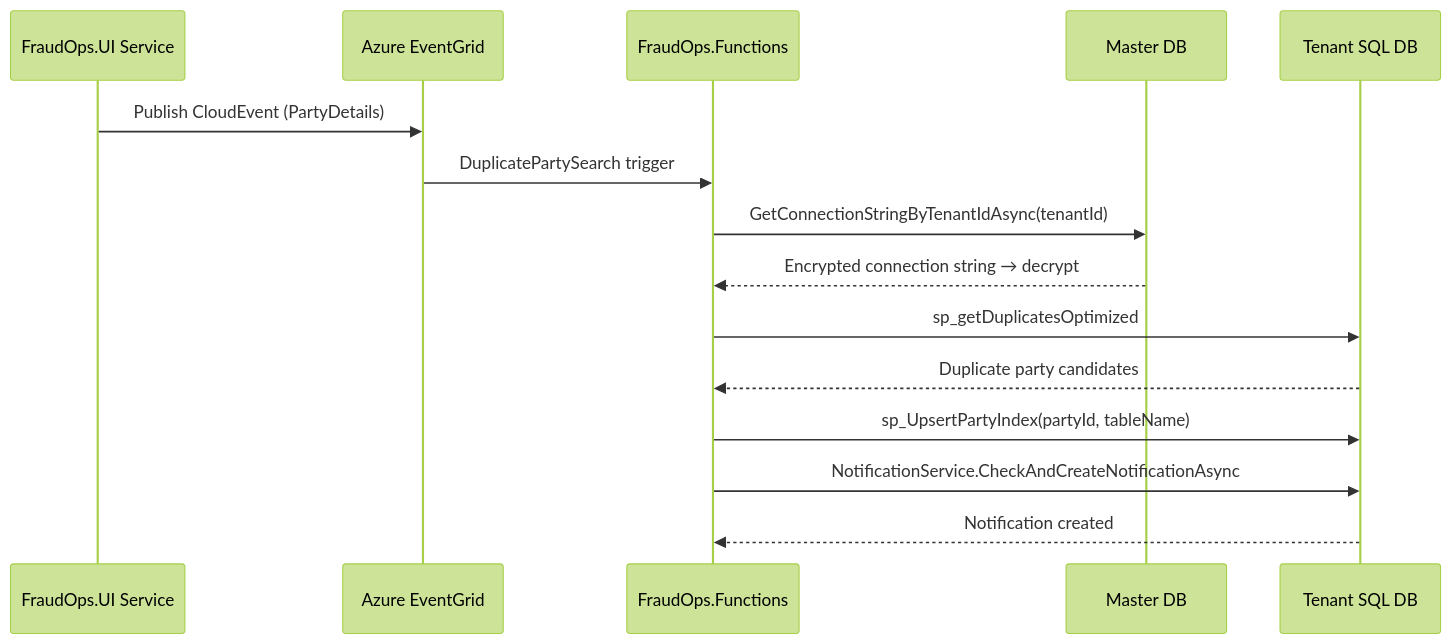
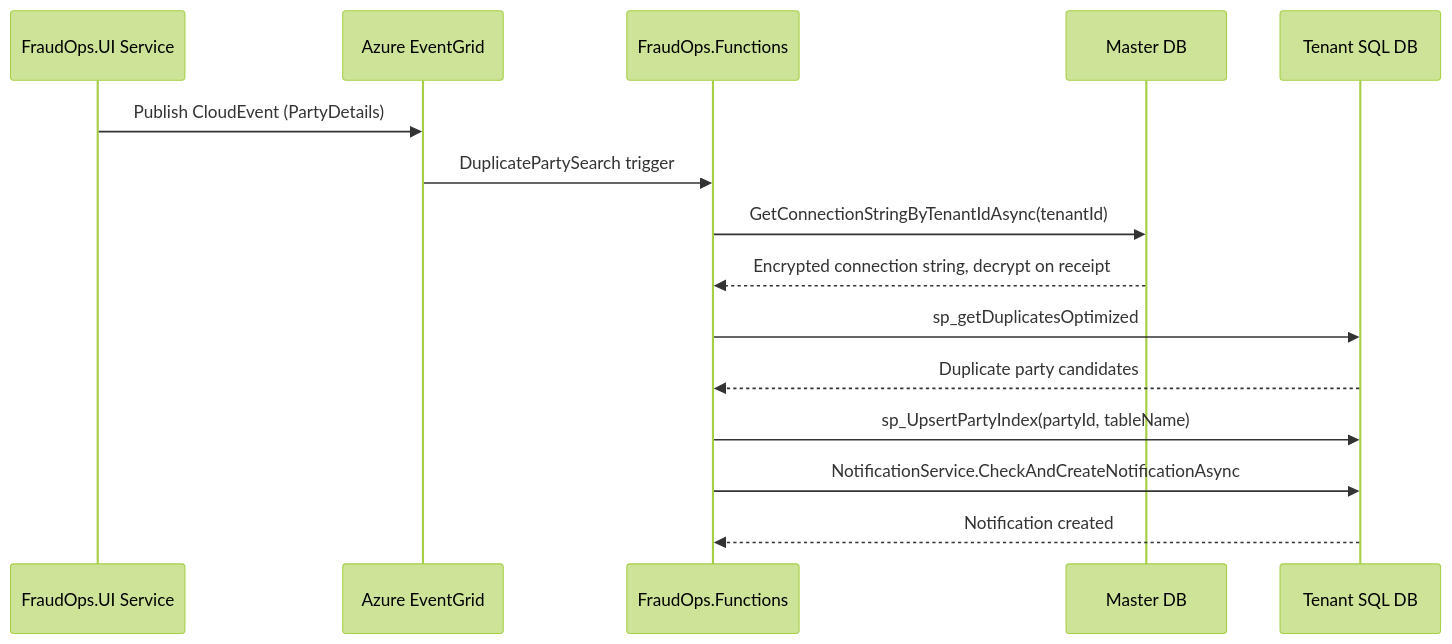
The third of 9 diagrams in ARCHITECTURE.md (Anubhav-Singh13/Monk_Intelligence), drawn with Mermaid (forest theme) before and after one commit. The commit also changed other lines of this file and 1 other file, not shown here.

````diff
--- a/ARCHITECTURE.md
+++ b/ARCHITECTURE.md
@@ -166,18 +175,18 @@
 ```mermaid
 sequenceDiagram
     participant UI as FraudOps.UI Service
     participant EG as Azure EventGrid
     participant F as FraudOps.Functions
     participant M as Master DB
     participant T as Tenant SQL DB
 
     UI->>EG: Publish CloudEvent (PartyDetails)
     EG->>F: DuplicatePartySearch trigger
     F->>M: GetConnectionStringByTenantIdAsync(tenantId)
-    M-->>F: Encrypted connection string → decrypt
+    M-->>F: Encrypted connection string, decrypt on receipt
     F->>T: sp_getDuplicatesOptimized
     T-->>F: Duplicate party candidates
     F->>T: sp_UpsertPartyIndex(partyId, tableName)
     F->>T: NotificationService.CheckAndCreateNotificationAsync
     T-->>F: Notification created
 ```
````
